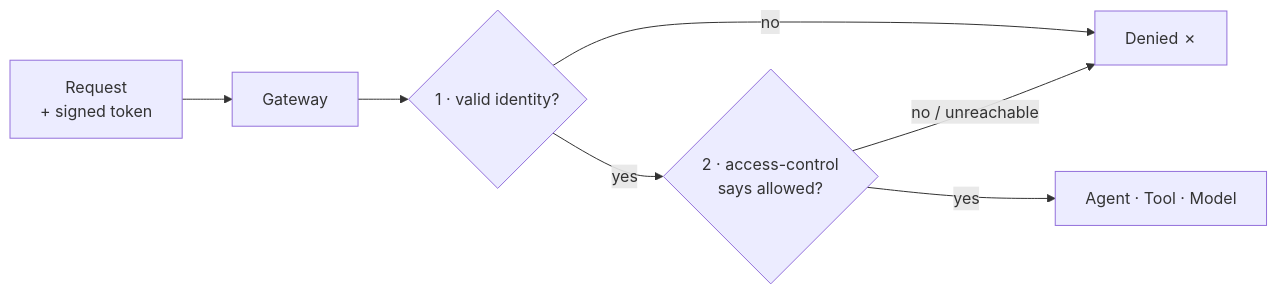
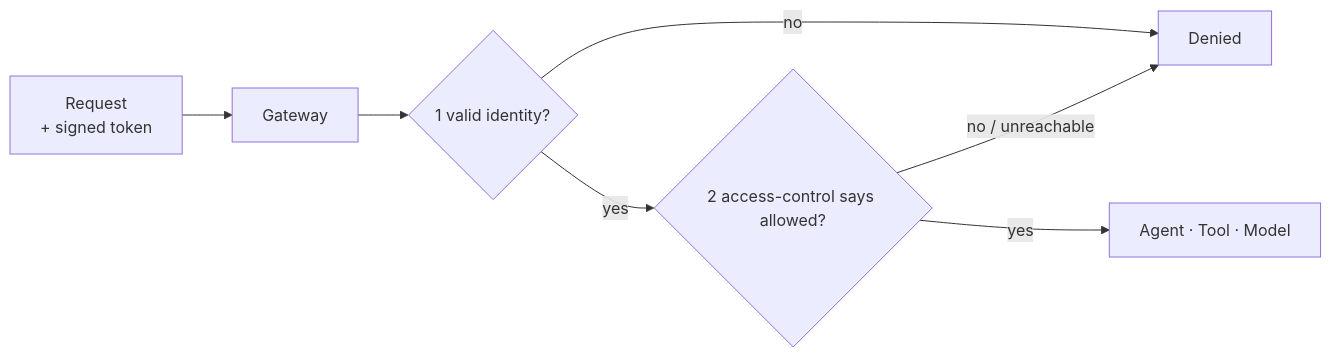
The second of 6 diagrams in docs/examples/authorization-draft.md (axsaucedo/kaos), drawn with Mermaid before and after one commit. The commit also changed other lines of this file, not shown here.

Commit message:
docs: apply review to authorization walkthrough (accuracy, filler, diagrams)

````diff
--- a/docs/examples/authorization-draft.md
+++ b/docs/examples/authorization-draft.md
@@ -50,9 +75,9 @@
 ```mermaid
 flowchart LR
   REQ["Request<br/>+ signed token"] --> GW["Gateway"]
-  GW --> C1{"1 · valid identity?"}
-  C1 -- no --> DENY["Denied ✗"]
-  C1 -- yes --> C2{"2 · access-control<br/>says allowed?"}
+  GW --> C1{"1 valid identity?"}
+  C1 -- "no" --> DENY["Denied"]
+  C1 -- "yes" --> C2{"2 access-control says allowed?"}
   C2 -- "no / unreachable" --> DENY
-  C2 -- yes --> DEST["Agent · Tool · Model"]
+  C2 -- "yes" --> DEST["Agent · Tool · Model"]
 ```
````
